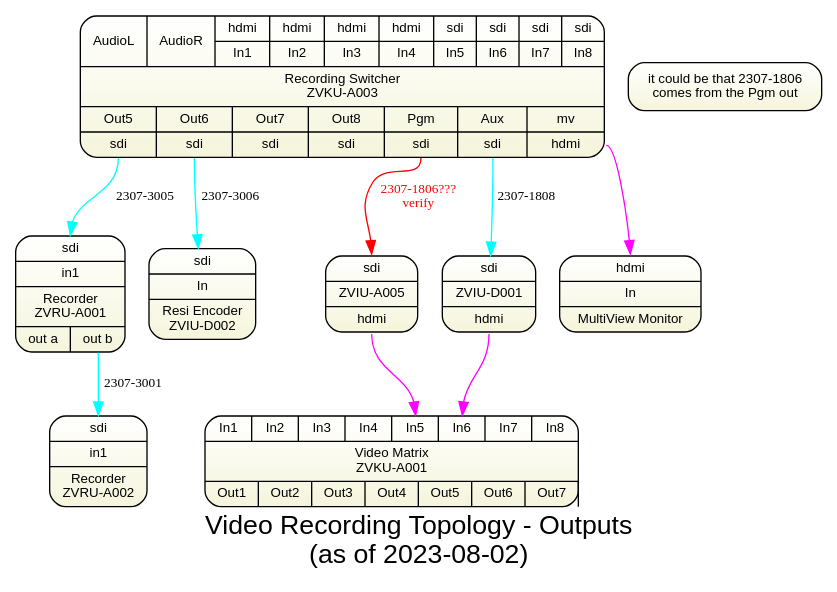
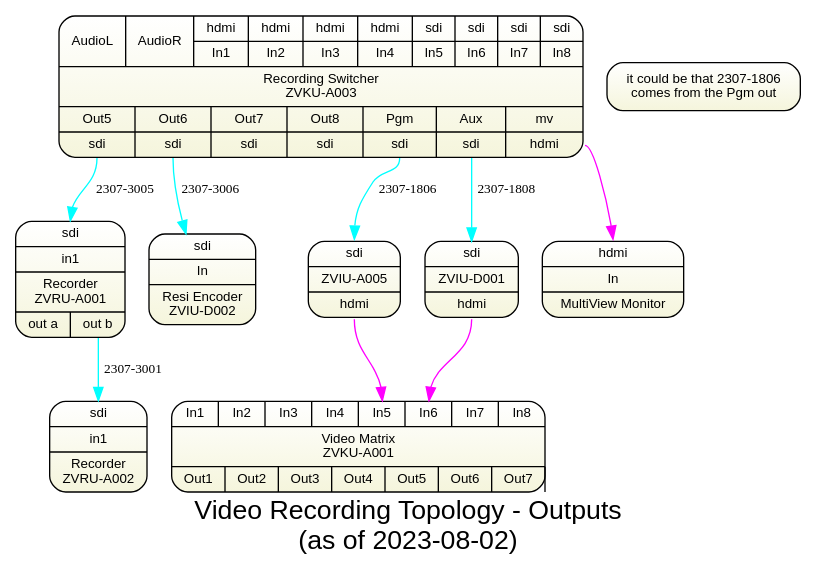
One commit to avmaint/uactechdoc changed the diagram in gv/sdv-topology5-rec-outputs.gv. Above: the diagram before and after it, drawn with Graphviz. The commit also changed 4 other files, not shown here.

```diff
--- a/gv/sdv-topology5-rec-outputs.gv
+++ b/gv/sdv-topology5-rec-outputs.gv
@@ -1,93 +1,93 @@
 digraph recording { 
 	
 graph [overlap = true, fontsize = 20, 
       label="Video Recording Topology - Outputs\n(as of 2023-08-02)",
       fontname = Helvetica, bgcolor=white
       ]
  
 node [shape = Mrecord style=filled , fillcolor="white:beige"  , fontsize = 10,
       gradientangle=270 fontname = Helvetica ]
       
 zviud001 [label="{<sdi>sdi|ZVIU-D001|<hdmi>hdmi}" tooltip="BMD mini"]
 
 zviua005 [label="{<sdi>sdi|ZVIU-A005|<hdmi>hdmi}" tooltip="BMD mini"]
 
 rswitch [
   tooltip="BMD ATEM Television Studio Pro HD"
 
   label="{
     {{<al>AudioL}|{<ar>AudioR}|
       {<i1>hdmi|In1}|{<i2>hdmi|In2}|{<i3>hdmi|In3}|{<i4>hdmi|In4}
       |{<i5>sdi|In5}|{<i6>sdi|In6}|{<i7>sdi|In7}|{<i8>sdi|In8}}
       |Recording Switcher\nZVKU-A003
       |
       {{Out5|<o5>sdi}
       |{Out6|<o6>sdi}
       |{Out7|<o7>sdi}
       |{Out8|<o8>sdi}
       |{Pgm|<pgm>sdi}
       |{Aux|<aux>sdi}
       |{mv|<mv>hdmi}}
     }"
 ]
 
 pswitch [
   tooltip="Kramer VS-88DT"
   label="{
   {
     <i1>In1|<i2>In2|<i3>In3|<i4>In4|<i5>In5| <i6> In6 |<i7>In7|{<i8>In8}}
   |Video Matrix\nZVKU-A001|
   {<o1>Out1|<o2>Out2|<o3>Out3|<o4>Out4|<o5>Out5|<o6>Out6 |<o7>Out7|{Out8<o8>}} }"]
    
 switchmonitor [label="{
     <i>hdmi|In
       |MultiView Monitor 
    }"
    tooltip="Samsung"
    ]
 
 zvrua001 [
   label="{
     <i1>sdi|in1
     |Recorder\nZVRU-A001 
     |{<outa>out a
     |<outb>out b}
     }"
   tooltip="BMD Hyperdeck Studio Mini"
 ]
 
 zvrua002 [
   label="{
     <i1>sdi|in1
     |Recorder\nZVRU-A002 
     }"
   tooltip="BMD Hyperdeck Studio Mini"
 ]
 
 zviud002 [label="{
     <i>sdi|In
       |Resi Encoder\nZVIU-D002 
    }"
    tooltip="in rack"
    ]
    
  note [label="it could be that 2307-1806\ncomes from the Pgm out"]  
 
 subgraph sdi_edges {
 	edge  [fontsize=10, color="cyan"]
 rswitch:o5 -> zvrua001:i1  [label="2307-3005"]
 rswitch:o6 -> zviud002:sdi [label="2307-3006"]
-zvrua001:outb -> zvrua002:i1 [label="2307-3001" ]	rswitch:aux   -> zviud001 [label="2307-1808" ]
+zvrua001:outb -> zvrua002:i1 [label="2307-3001" ]
+rswitch:aux   -> zviud001 [label="2307-1808" ]
 
-rswitch:pgm -> zviua005:sdi [label="2307-1806???\nverify" color=red fontcolor="red" ]
-  
+rswitch:pgm -> zviua005:sdi [label="2307-1806" ]
 }
 
 subgraph hdmi_edges {
 	edge  [fontsize=10, color="magenta"]
 zviua005:hdmi -> pswitch:i5
 zviud001:hdmi -> pswitch:i6
 rswitch:mv -> switchmonitor:i
 	
 }
 } 
```
